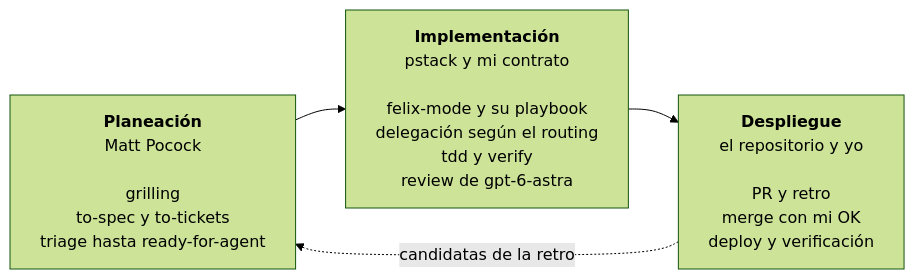
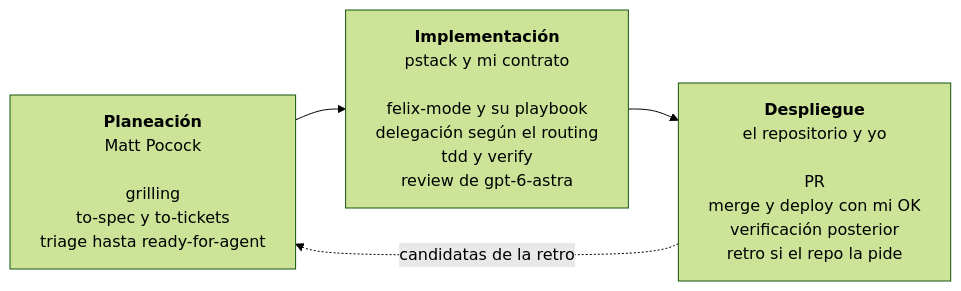
The diagram in README.md (Cosmonaut-itc/felix-agent-engineering), drawn with Mermaid (forest theme) before and after one commit. The commit also changed other lines of this file, not shown here.

Commit message:
docs: precisar retro, deploy, verify, routing y review según la review

````diff
--- a/README.md
+++ b/README.md
@@ -20,13 +20,13 @@
 ```mermaid
 ---
 config:
   flowchart:
     wrappingWidth: 320
 ---
 flowchart LR
   P["<b>Planeación</b><br/>Matt Pocock<br/><br/>grilling<br/>to-spec y to-tickets<br/>triage hasta ready-for-agent"]
   I["<b>Implementación</b><br/>pstack y mi contrato<br/><br/>felix-mode y su playbook<br/>delegación según el routing<br/>tdd y verify<br/>review de gpt-6-astra"]
-  D["<b>Despliegue</b><br/>el repositorio y yo<br/><br/>PR y retro<br/>merge con mi OK<br/>deploy y verificación"]
+  D["<b>Despliegue</b><br/>el repositorio y yo<br/><br/>PR<br/>merge y deploy con mi OK<br/>verificación posterior<br/>retro si el repo la pide"]
   P --> I --> D
   D -.->|candidatas de la retro| P
 ```
````
